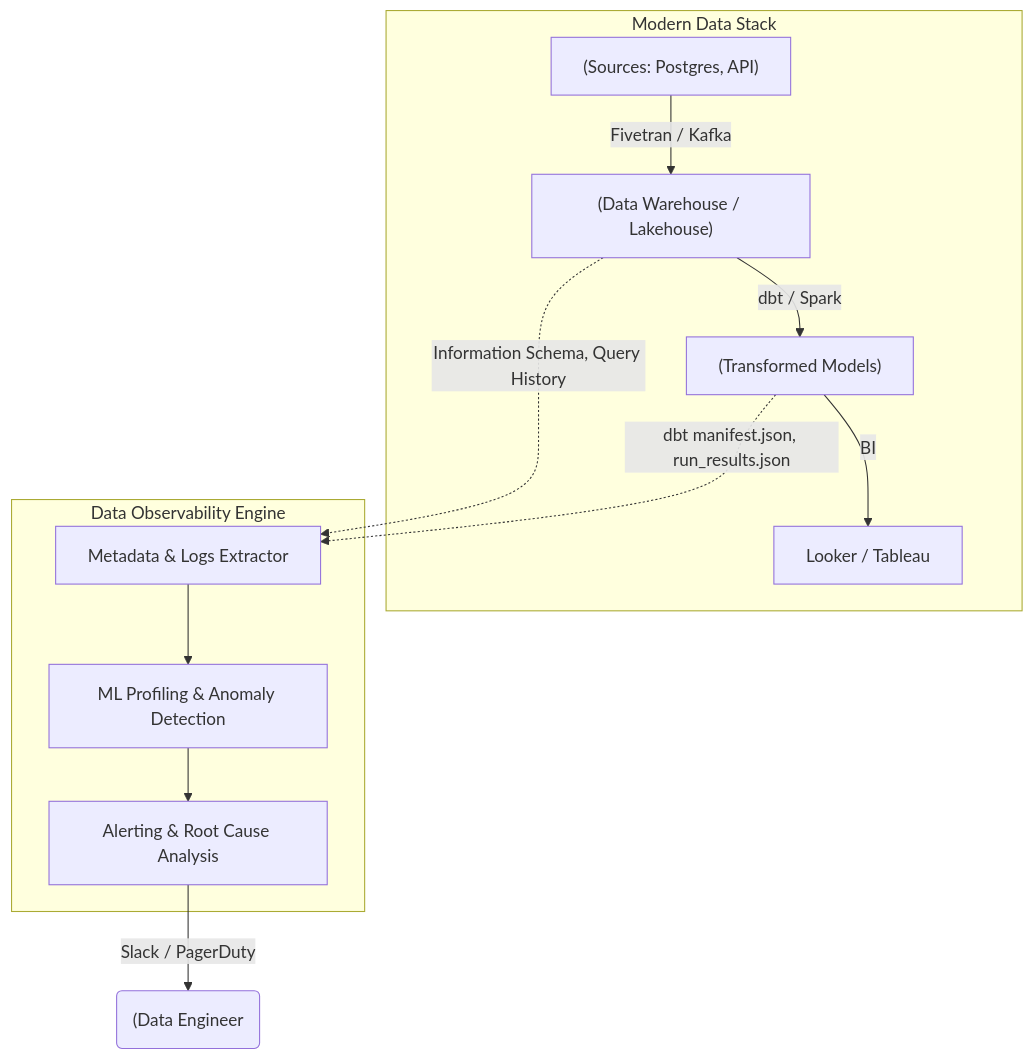
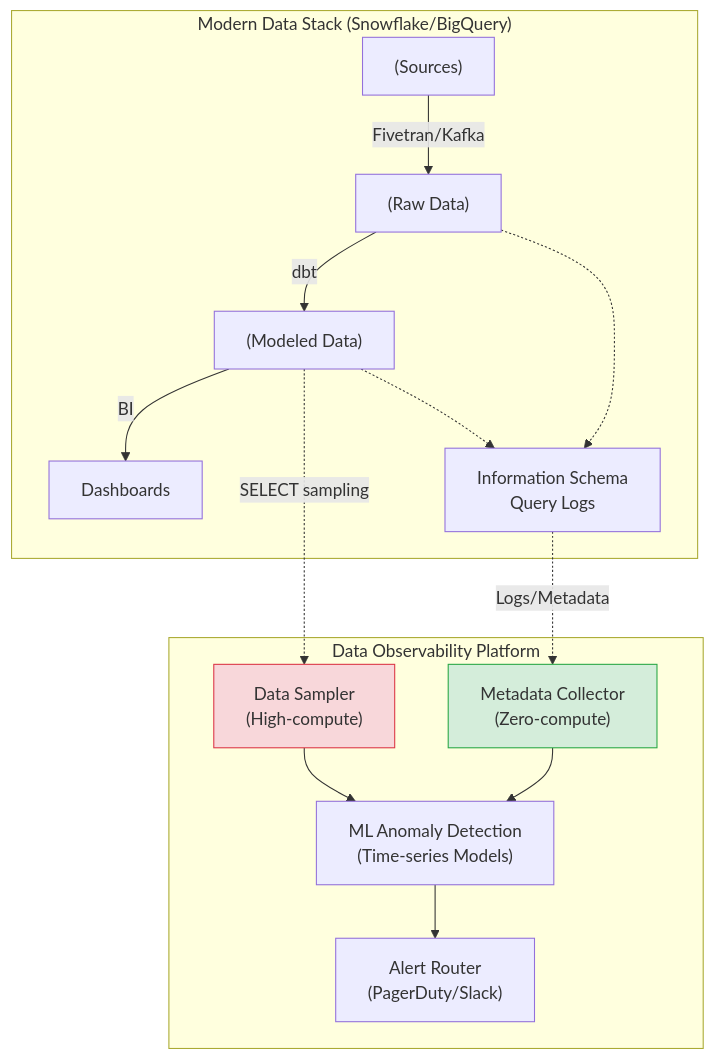
The diagram in src/content/docs/concepts/7-dataops-orchestration-quality/data-observability.md (kythuatdulieu/kythuatdulieu.github.io), drawn with Mermaid before and after one commit. The commit also changed other lines of this file and 228 other files, not shown here.

Commit message:
Fix syntax and rewrite 200+ concepts docs to deep-dive system architecture and add GA4 tracking to quiz app

````diff
--- a/src/content/docs/concepts/7-dataops-orchestration-quality/data-observability.md
+++ b/src/content/docs/concepts/7-dataops-orchestration-quality/data-observability.md
@@ -24,21 +33,30 @@
 ```mermaid
 graph TD
-    subgraph Data_Stack["Modern Data Stack"]
-        A["(Sources: Postgres, API)"] -->|Fivetran / Kafka| B["(Data Warehouse / Lakehouse)"]
-        B -->|dbt / Spark| C["(Transformed Models)"]
-        C -->|BI| D["Looker / Tableau"]
+    subgraph Data_Platform["Modern Data Stack (Snowflake/BigQuery)"]
+        A["(Sources)"] -->|Fivetran/Kafka| B["(Raw Data)"]
+        B -->|dbt| C["(Modeled Data)"]
+        C -->|BI| D["Dashboards"]
+        
+        IS["Information Schema<br/>Query Logs"]
     end
 
-    subgraph Observability_Platform["Data Observability Engine"]
-        E["Metadata & Logs Extractor"]
-        F["ML Profiling & Anomaly Detection"]
-        G["Alerting & Root Cause Analysis"]
+    subgraph Observability_Engine["Data Observability Platform"]
+        M["Metadata Collector<br/>(Zero-compute)"]
+        D_Scan["Data Sampler<br/>(High-compute)"]
         
-        E --> F --> G
+        ML["ML Anomaly Detection<br/>(Time-series Models)"]
+        AL["Alert Router<br/>(PagerDuty/Slack)"]
+        
+        M --> ML
+        D_Scan --> ML
+        ML --> AL
     end
     
-    B -.->|Information Schema, Query History| E
-    C -.->|dbt manifest.json, run_results.json| E
+    B -.-> IS
+    C -.-> IS
+    IS -.->|Logs/Metadata| M
+    C -.->|SELECT sampling| D_Scan
     
-    G -->|Slack / PagerDuty| H("(Data Engineer")
+    style M fill:#d4edda,stroke:#28a745
+    style D_Scan fill:#f8d7da,stroke:#dc3545
 ```
````
